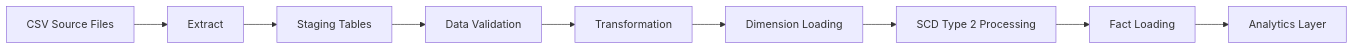
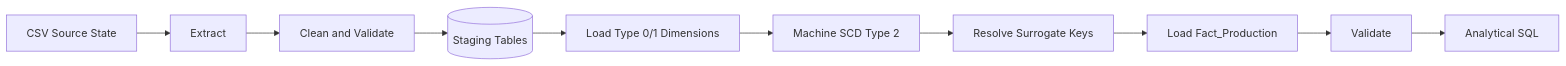
The fourth of 5 diagrams in README.md (akindaG/Enterprise-Manufacturing-Data-Warehouse), drawn with Mermaid before and after one commit. The commit also changed other lines of this file and 28 other files, not shown here.

````diff
--- a/README.md
+++ b/README.md
@@ -169,11 +167,12 @@
 ```mermaid
 flowchart LR
-    A[CSV Source Files] --> B[Extract]
-    B --> C[Staging Tables]
-    C --> D[Data Validation]
-    D --> E[Transformation]
-    E --> F[Dimension Loading]
-    F --> G[SCD Type 2 Processing]
-    G --> H[Fact Loading]
-    H --> I[Analytics Layer]
+    A[CSV Source State] --> B[Extract]
+    B --> C[Clean and Validate]
+    C --> D[(Staging Tables)]
+    D --> E[Load Type 0/1 Dimensions]
+    E --> F[Machine SCD Type 2]
+    F --> G[Resolve Surrogate Keys]
+    G --> H[Load Fact_Production]
+    H --> I[Validate]
+    I --> J[Analytical SQL]
 ```
````
